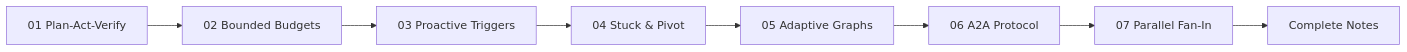
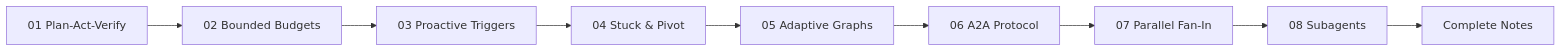
Before and after one commit to Amie-dev/FDE-and-GenAI-Mastery: the diagram in Lecture 14 - Loop Engineering and A2A Protocol/index.md, drawn with Mermaid. The commit also changed other lines of this file and 8 other files, not shown here.

````diff
--- a/Lecture 14 - Loop Engineering and A2A Protocol/index.md
+++ b/Lecture 14 - Loop Engineering and A2A Protocol/index.md
@@ -44,10 +45,11 @@
 ```mermaid
 flowchart LR
     C1["01 Plan-Act-Verify"] --> C2["02 Bounded Budgets"]
     C2 --> C3["03 Proactive Triggers"]
     C3 --> C4["04 Stuck & Pivot"]
     C4 --> C5["05 Adaptive Graphs"]
     C5 --> C6["06 A2A Protocol"]
     C6 --> C7["07 Parallel Fan-In"]
-    C7 --> N["Complete Notes"]
+    C7 --> C8["08 Subagents"]
+    C8 --> N["Complete Notes"]
 ```
````
